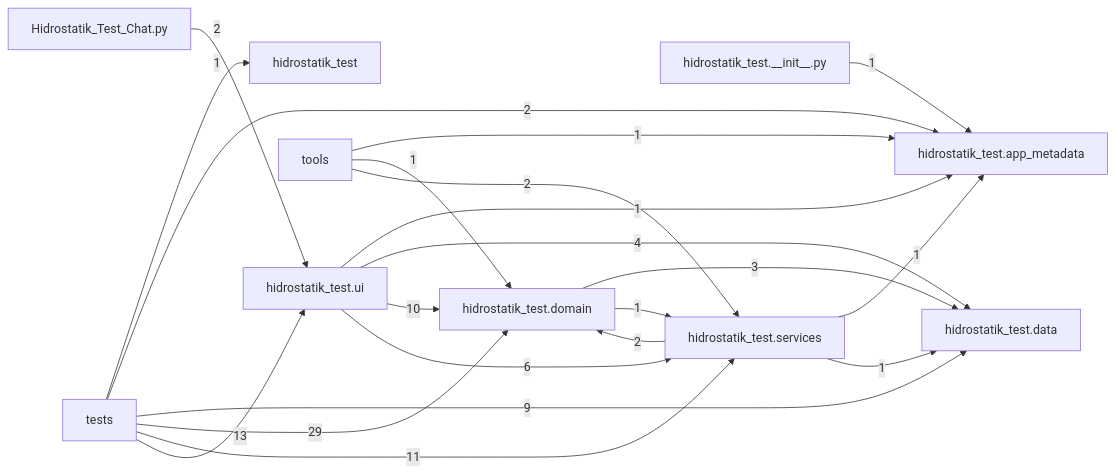
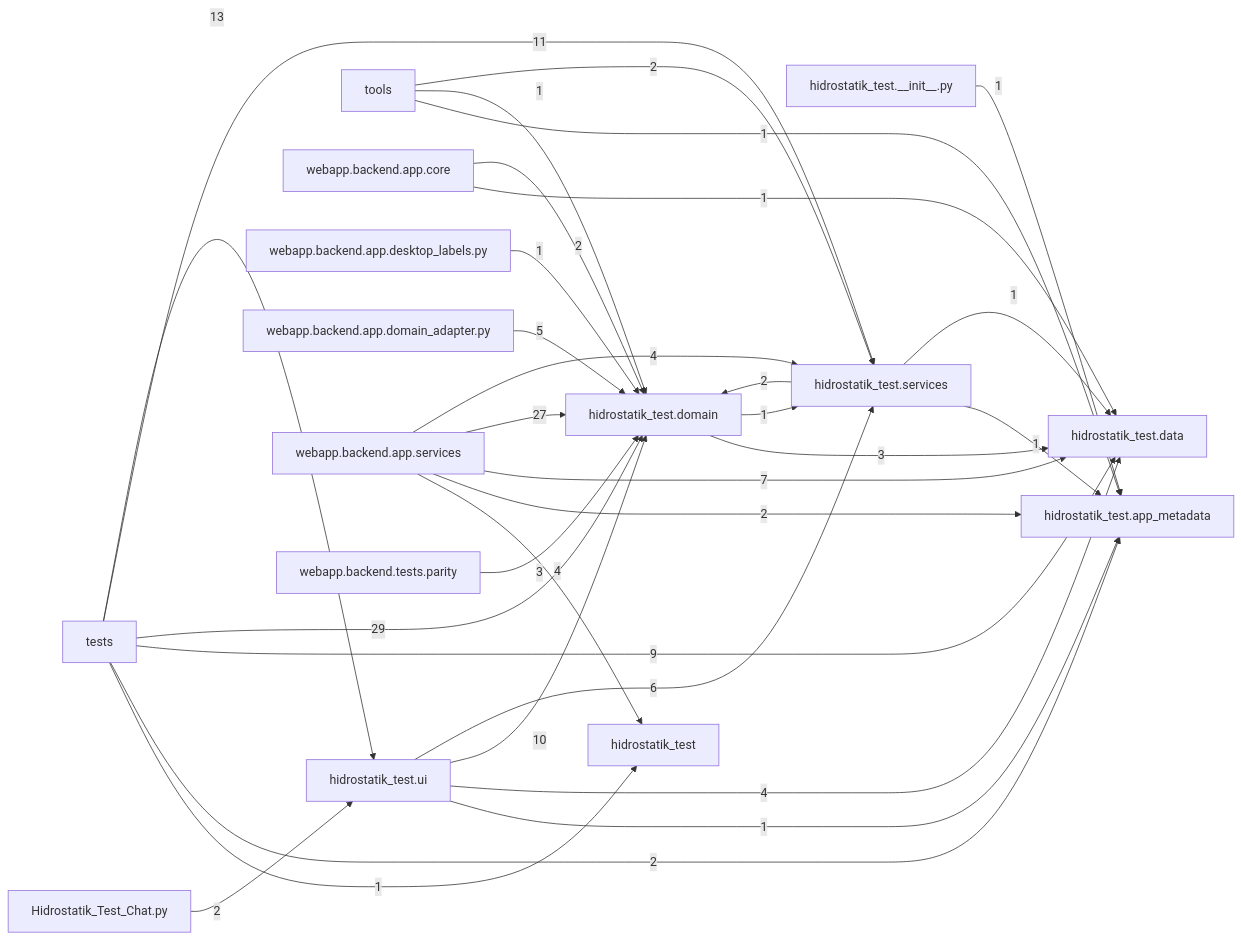
One commit to SLedgehammer-dev12/HYDRO changed the diagram in docs/codebase_map.md. Above: the diagram before and after it, drawn with Mermaid. The commit also changed other lines of this file and 134 other files, not shown here.

````diff
--- a/docs/codebase_map.md
+++ b/docs/codebase_map.md
@@ -204,33 +277,48 @@
 ```mermaid
 graph LR
     P0["Hidrostatik_Test_Chat.py"]
     P1["hidrostatik_test"]
     P2["hidrostatik_test.__init__.py"]
     P3["hidrostatik_test.app_metadata"]
     P4["hidrostatik_test.data"]
     P5["hidrostatik_test.domain"]
     P6["hidrostatik_test.services"]
     P7["hidrostatik_test.ui"]
     P8["tests"]
     P9["tools"]
+    P10["webapp.backend.app.core"]
+    P11["webapp.backend.app.desktop_labels.py"]
+    P12["webapp.backend.app.domain_adapter.py"]
+    P13["webapp.backend.app.services"]
+    P14["webapp.backend.tests.parity"]
     P0 -->|2| P7
     P2 -->|1| P3
     P5 -->|3| P4
     P5 -->|1| P6
     P6 -->|1| P3
     P6 -->|1| P4
     P6 -->|2| P5
     P7 -->|1| P3
     P7 -->|4| P4
     P7 -->|10| P5
     P7 -->|6| P6
     P8 -->|1| P1
     P8 -->|2| P3
     P8 -->|9| P4
     P8 -->|29| P5
     P8 -->|11| P6
     P8 -->|13| P7
     P9 -->|1| P3
     P9 -->|1| P5
     P9 -->|2| P6
+    P10 -->|1| P4
+    P10 -->|2| P5
+    P11 -->|1| P5
+    P12 -->|5| P5
+    P13 -->|4| P1
+    P13 -->|2| P3
+    P13 -->|7| P4
+    P13 -->|27| P5
+    P13 -->|4| P6
+    P14 -->|3| P5
 ```
````
